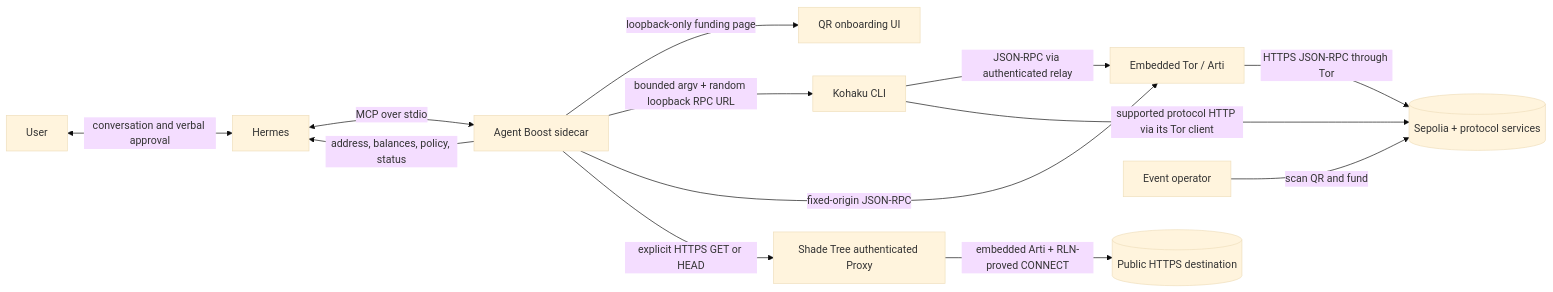
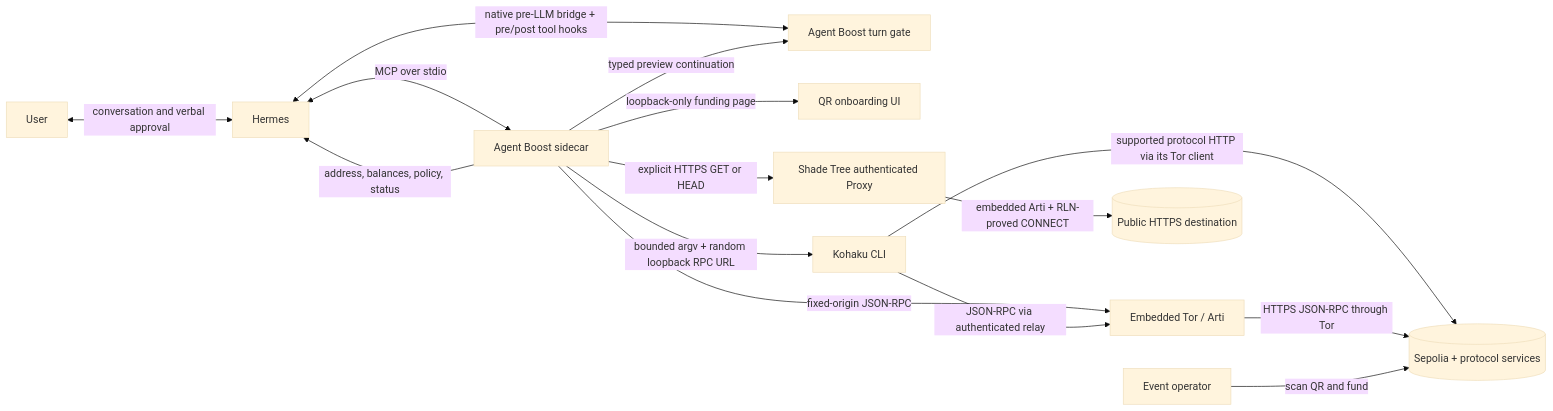
The diagram in docs/ARCHITECTURE.md (dmarzzz/agent-boost), drawn with Mermaid (base theme) before and after one commit. The commit also changed other lines of this file and 83 other files, not shown here.

````diff
--- a/docs/ARCHITECTURE.md
+++ b/docs/ARCHITECTURE.md
@@ -3,15 +3,17 @@
 ```mermaid
 flowchart LR
     U[User] <-->|conversation and verbal approval| H[Hermes]
     H <-->|MCP over stdio| A[Agent Boost sidecar]
+    H <-->|native pre-LLM bridge + pre/post tool hooks| G[Agent Boost turn gate]
+    A -->|typed preview continuation| G
     A -->|loopback-only funding page| UI[QR onboarding UI]
     A -->|bounded argv + random loopback RPC URL| K[Kohaku CLI]
     A -->|fixed-origin JSON-RPC| T[Embedded Tor / Arti]
     K -->|JSON-RPC via authenticated relay| T
     K -->|supported protocol HTTP via its Tor client| E[(Sepolia + protocol services)]
     T -->|HTTPS JSON-RPC through Tor| E
     A -->|explicit HTTPS GET or HEAD| S[Shade Tree authenticated Proxy]
     S -->|embedded Arti + RLN-proved CONNECT| W[(Public HTTPS destination)]
     O[Event operator] -->|scan QR and fund| E
     A -->|address, balances, policy, status| H
 ```
````
